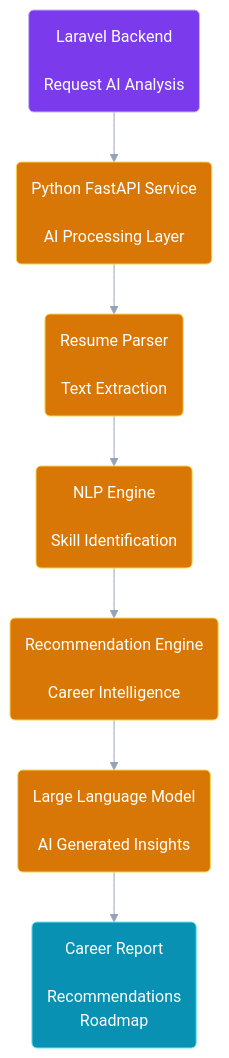
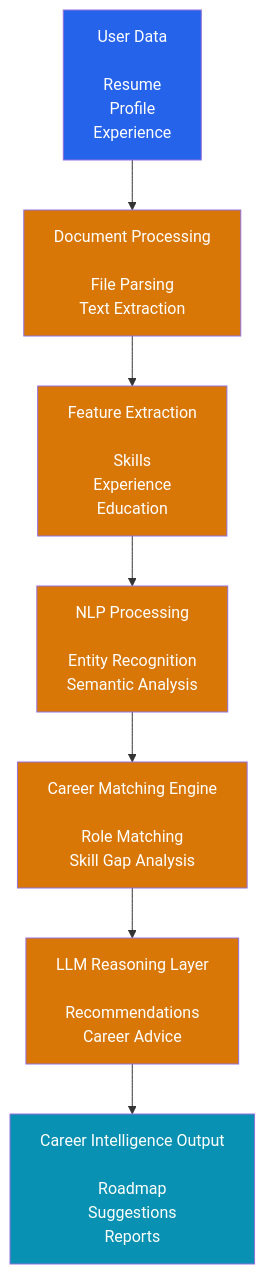
Before and after one commit to kupiMZS/CareerIQ-AI: the ninth of 26 diagrams in documentation/03-system-architecture.md, drawn with Mermaid. The commit also changed other lines of this file and 9 other files, not shown here.

Commit message:
docs: finalize complete system documentation and architecture foundation

````diff
--- a/documentation/03-system-architecture.md
+++ b/documentation/03-system-architecture.md
@@ -602,64 +1526,54 @@
 ```mermaid
-%%{init:{
-'theme':'base',
-'themeVariables':{
-'fontFamily':'Inter',
-'lineColor':'#94A3B8'
-}
-}}%%
-
-
 flowchart TB
 
 
-LARAVEL("Laravel Backend<br/><br/>Request AI Analysis")
+INPUT["User Data<br/><br/>Resume<br/>Profile<br/>Experience"]
 
 
-FASTAPI("Python FastAPI Service<br/><br/>AI Processing Layer")
+PROCESS["Document Processing<br/><br/>File Parsing<br/>Text Extraction"]
 
 
-PARSER("Resume Parser<br/><br/>Text Extraction")
+FEATURE["Feature Extraction<br/><br/>Skills<br/>Experience<br/>Education"]
 
 
-NLP("NLP Engine<br/><br/>Skill Identification")
+NLP["NLP Processing<br/><br/>Entity Recognition<br/>Semantic Analysis"]
 
 
-MODEL("Recommendation Engine<br/><br/>Career Intelligence")
+MATCH["Career Matching Engine<br/><br/>Role Matching<br/>Skill Gap Analysis"]
 
 
-LLM("Large Language Model<br/><br/>AI Generated Insights")
+LLM["LLM Reasoning Layer<br/><br/>Recommendations<br/>Career Advice"]
 
 
-RESULT("Career Report<br/><br/>Recommendations<br/>Roadmap")
+OUTPUT["Career Intelligence Output<br/><br/>Roadmap<br/>Suggestions<br/>Reports"]
 
 
 
-LARAVEL --> FASTAPI
+INPUT --> PROCESS
 
-FASTAPI --> PARSER
+PROCESS --> FEATURE
 
-PARSER --> NLP
+FEATURE --> NLP
 
-NLP --> MODEL
+NLP --> MATCH
 
-MODEL --> LLM
+MATCH --> LLM
 
-LLM --> RESULT
+LLM --> OUTPUT
 
 
 
-classDef backend fill:#7C3AED,stroke:#C4B5FD,color:#FFFFFF;
+classDef input fill:#2563EB,color:white;
 
-classDef ai fill:#D97706,stroke:#FCD34D,color:#FFFFFF;
+classDef ai fill:#D97706,color:white;
 
-classDef output fill:#0891B2,stroke:#67E8F9,color:#FFFFFF;
+classDef output fill:#0891B2,color:white;
 
 
+class INPUT input;
 
-class LARAVEL backend;
+class PROCESS,FEATURE,NLP,MATCH,LLM ai;
 
-class FASTAPI,PARSER,NLP,MODEL,LLM ai;
-
-class RESULT output;
+class OUTPUT output;
 
 ```
````
